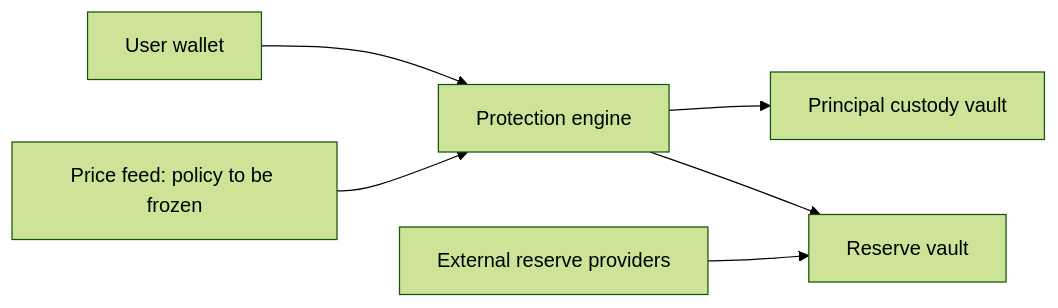
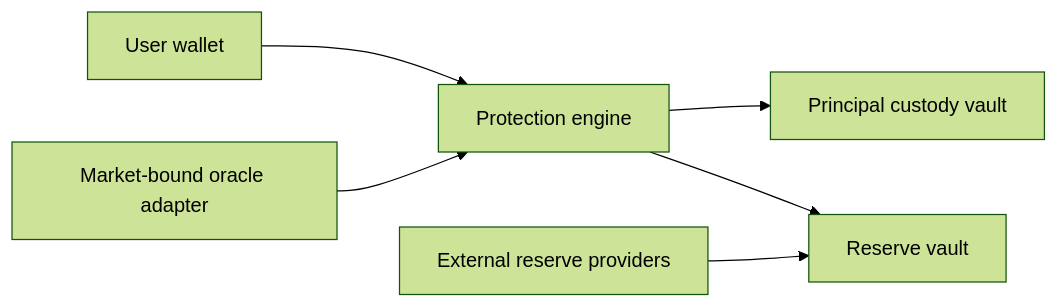
Before and after one commit to CoverFI-space/coverfi-docs: the diagram in smart-contracts/architecture.mdx, drawn with Mermaid (forest theme). The commit also changed other lines of this file and 11 other files, not shown here.

````diff
--- a/smart-contracts/architecture.mdx
+++ b/smart-contracts/architecture.mdx
@@ -18,8 +18,8 @@
 ```mermaid
 flowchart LR
   W[User wallet] --> E[Protection engine]
-  P[Price feed: policy to be frozen] --> E
+  P[Market-bound oracle adapter] --> E
   E --> V[Principal custody vault]
   E --> R[Reserve vault]
   L[External reserve providers] --> R
 ```
````
